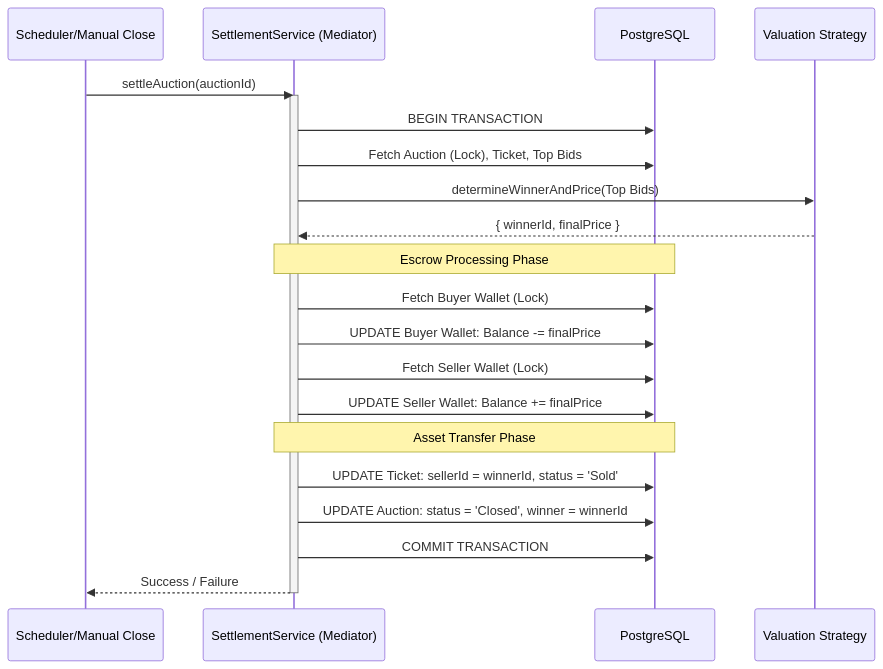
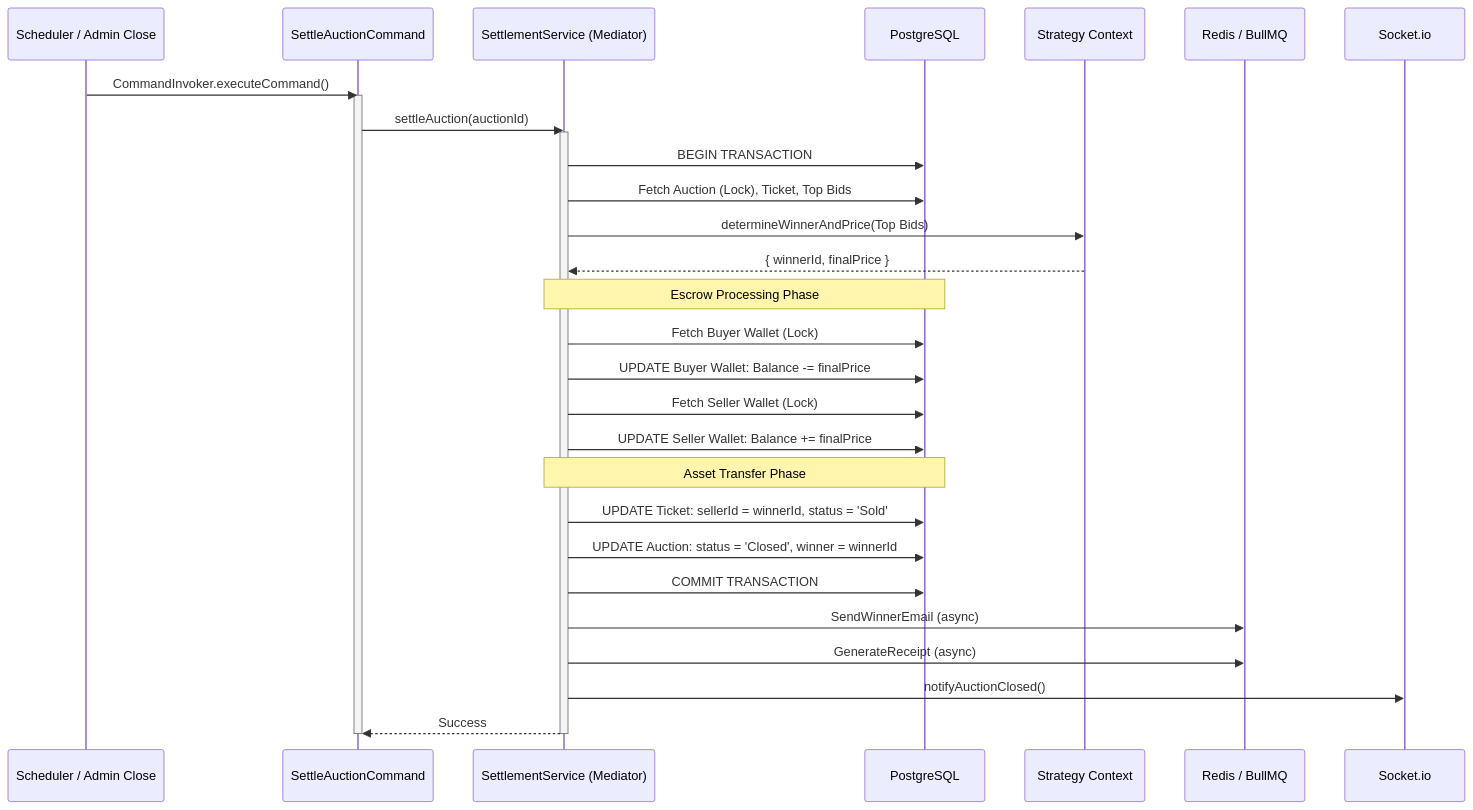
One commit to hetvi3012/Auction changed the fifth of 5 diagrams in system_design_document.md. Above: the diagram before and after it, drawn with Mermaid. The commit also changed other lines of this file and 8 other files, not shown here.

Commit message:
Add Docker setup, ARCHITECTURE.md, and update all docs

````diff
--- a/system_design_document.md
+++ b/system_design_document.md
@@ -180,33 +236,42 @@
 ```mermaid
 sequenceDiagram
-    participant Cron as Scheduler/Manual Close
+    participant Cron as Scheduler / Admin Close
+    participant Cmd as SettleAuctionCommand
     participant Med as SettlementService (Mediator)
     participant DB as PostgreSQL
-    participant Strat as Valuation Strategy
+    participant Strat as Strategy Context
+    participant Queue as Redis / BullMQ
+    participant WS as Socket.io
 
-    Cron->>Med: settleAuction(auctionId)
+    Cron->>Cmd: CommandInvoker.executeCommand()
+    activate Cmd
+    Cmd->>Med: settleAuction(auctionId)
     activate Med
     
     Med->>DB: BEGIN TRANSACTION
     Med->>DB: Fetch Auction (Lock), Ticket, Top Bids
     
     Med->>Strat: determineWinnerAndPrice(Top Bids)
     Strat-->>Med: { winnerId, finalPrice }
     
     Note over Med,DB: Escrow Processing Phase
     
     Med->>DB: Fetch Buyer Wallet (Lock)
     Med->>DB: UPDATE Buyer Wallet: Balance -= finalPrice
-    
     Med->>DB: Fetch Seller Wallet (Lock)
     Med->>DB: UPDATE Seller Wallet: Balance += finalPrice
     
     Note over Med,DB: Asset Transfer Phase
     Med->>DB: UPDATE Ticket: sellerId = winnerId, status = 'Sold'
     Med->>DB: UPDATE Auction: status = 'Closed', winner = winnerId
     
     Med->>DB: COMMIT TRANSACTION
     
-    Med-->>Cron: Success / Failure
+    Med->>Queue: SendWinnerEmail (async)
+    Med->>Queue: GenerateReceipt (async)
+    Med->>WS: notifyAuctionClosed()
+    
+    Med-->>Cmd: Success
     deactivate Med
+    deactivate Cmd
 ```
````
